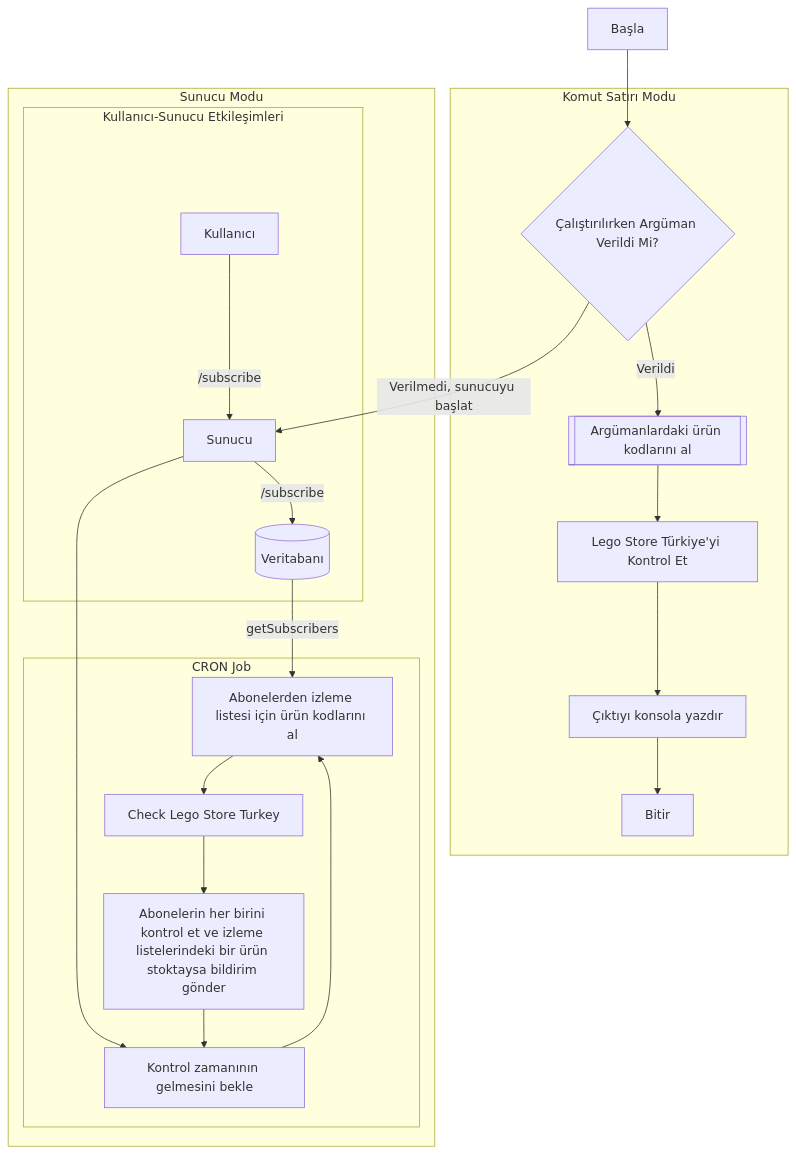
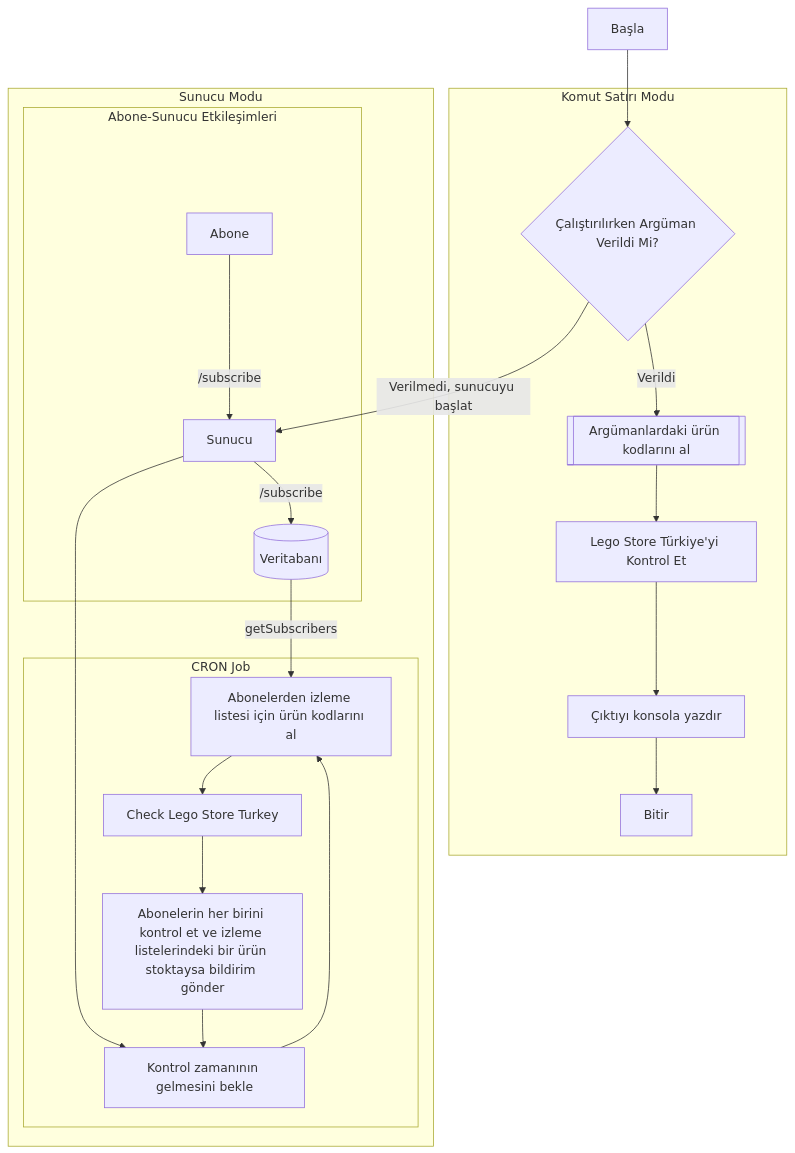
The first of 2 diagrams in turkish-readme.md (yussufbiyik/lego-store-stock-checker), drawn with Mermaid before and after one commit. The commit also changed other lines of this file and 4 other files, not shown here.

````diff
--- a/turkish-readme.md
+++ b/turkish-readme.md
@@ -11,25 +11,25 @@
 ```mermaid
 graph TD;
     A[Başla] --> B{Çalıştırılırken Argüman Verildi Mi?}
     subgraph Komut Satırı Modu
     B --> |Verildi| C[[Argümanlardaki ürün kodlarını al]]
     C --> D[Lego Store Türkiye'yi Kontrol Et]
     D --> L[Çıktıyı konsola yazdır]
     L --> M[Bitir]
     end
     subgraph Sunucu Modu
     B --> |Verilmedi, sunucuyu başlat| E[Sunucu]
-    subgraph Kullanıcı-Sunucu Etkileşimleri
-    F[Kullanıcı] --> |/subscribe| E
+    subgraph Abone-Sunucu Etkileşimleri
+    F[Abone] --> |/subscribe| E
     E --> |/subscribe| I[(Veritabanı)]
     end
     subgraph CRON Job
     E --> G[Kontrol zamanının gelmesini bekle]
     G --> J[Abonelerden izleme listesi için ürün kodlarını al]
     I --> |getSubscribers| J
     J --> N[Check Lego Store Turkey]
     N --> K[Abonelerin her birini kontrol et ve izleme listelerindeki bir ürün stoktaysa bildirim gönder]
     K --> G
     end
     end
 ```
````
